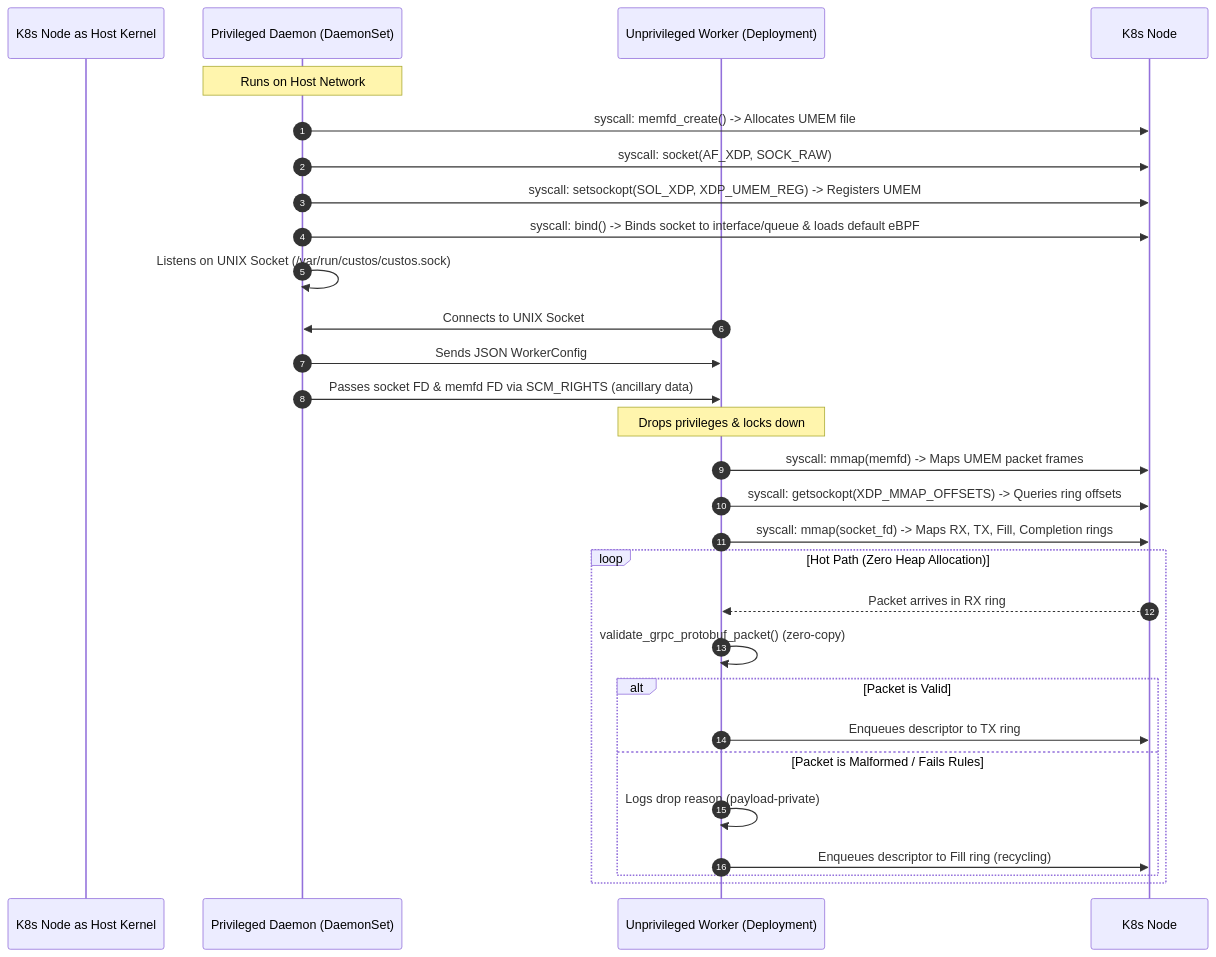
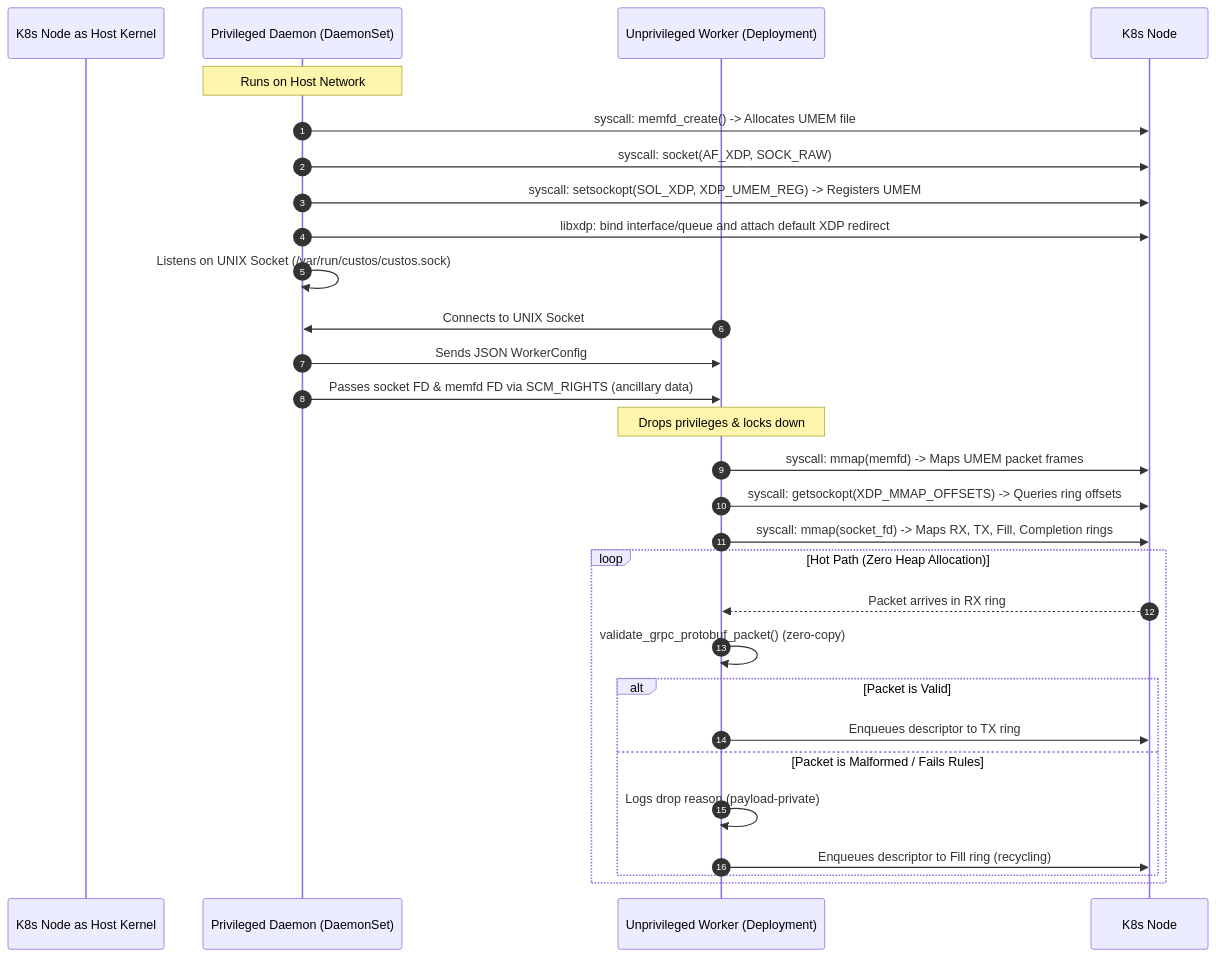
The diagram in phase4-advanced/k8s-integration/README.md (val-27/Custos), drawn with Mermaid before and after one commit. The commit also changed other lines of this file and 10 other files, not shown here.

````diff
--- a/phase4-advanced/k8s-integration/README.md
+++ b/phase4-advanced/k8s-integration/README.md
@@ -17,34 +17,34 @@
 ```mermaid
 sequenceDiagram
     autonumber
     participant K8s Node as Host Kernel
     participant Daemon as Privileged Daemon (DaemonSet)
     participant Worker as Unprivileged Worker (Deployment)
     
     Note over Daemon: Runs on Host Network
     Daemon->>K8s Node: syscall: memfd_create() -> Allocates UMEM file
     Daemon->>K8s Node: syscall: socket(AF_XDP, SOCK_RAW)
     Daemon->>K8s Node: syscall: setsockopt(SOL_XDP, XDP_UMEM_REG) -> Registers UMEM
-    Daemon->>K8s Node: syscall: bind() -> Binds socket to interface/queue & loads default eBPF
+    Daemon->>K8s Node: libxdp: bind interface/queue and attach default XDP redirect
     Daemon->>Daemon: Listens on UNIX Socket (/var/run/custos/custos.sock)
     
     Worker->>Daemon: Connects to UNIX Socket
     Daemon->>Worker: Sends JSON WorkerConfig
     Daemon->>Worker: Passes socket FD & memfd FD via SCM_RIGHTS (ancillary data)
     
     Note over Worker: Drops privileges & locks down
     Worker->>K8s Node: syscall: mmap(memfd) -> Maps UMEM packet frames
     Worker->>K8s Node: syscall: getsockopt(XDP_MMAP_OFFSETS) -> Queries ring offsets
     Worker->>K8s Node: syscall: mmap(socket_fd) -> Maps RX, TX, Fill, Completion rings
     
     loop Hot Path (Zero Heap Allocation)
         K8s Node-->>Worker: Packet arrives in RX ring
         Worker->>Worker: validate_grpc_protobuf_packet() (zero-copy)
         alt Packet is Valid
             Worker->>K8s Node: Enqueues descriptor to TX ring
         else Packet is Malformed / Fails Rules
             Worker->>Worker: Logs drop reason (payload-private)
             Worker->>K8s Node: Enqueues descriptor to Fill ring (recycling)
         end
     end
 ```
````
